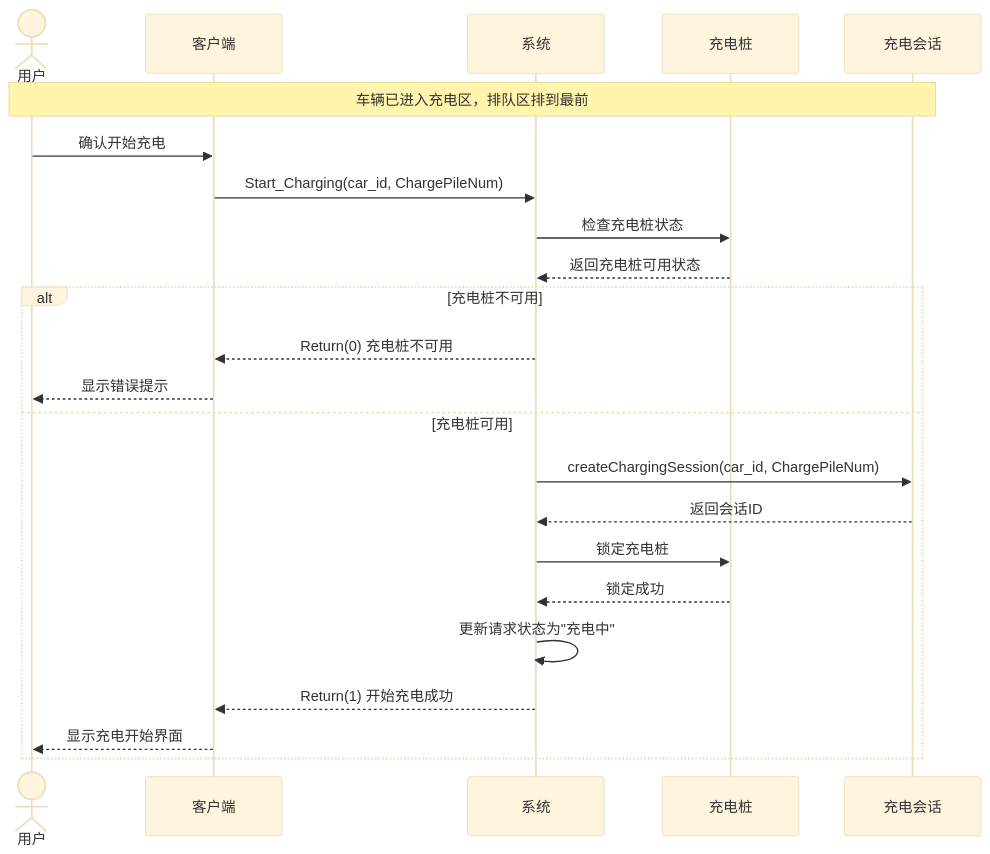
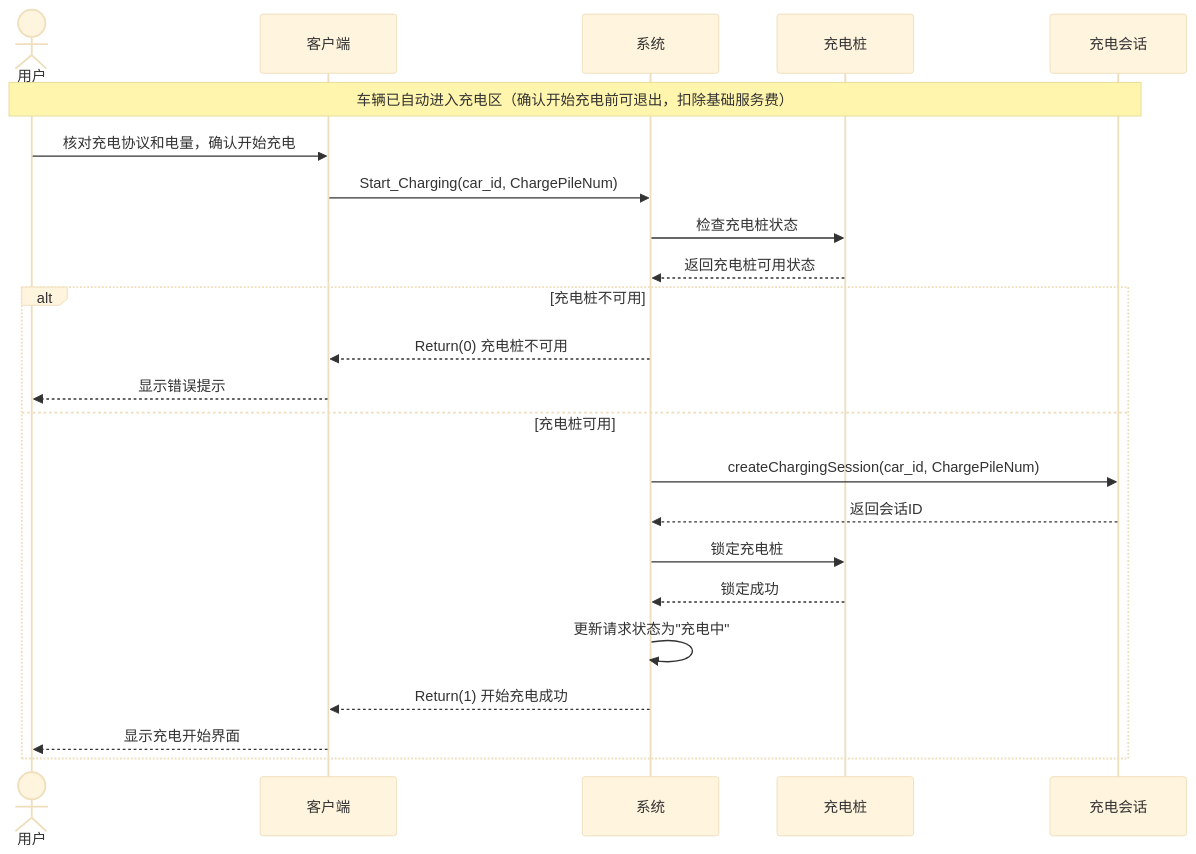
The fifth of 19 diagrams in docs/用例模型.md (DuHaoyang626/charge-system), drawn with Mermaid (base theme) before and after one commit. The commit also changed other lines of this file and 5 other files, not shown here.

````diff
--- a/docs/用例模型.md
+++ b/docs/用例模型.md
@@ -267,31 +266,31 @@
 ```mermaid
 sequenceDiagram
     actor User as 用户
     participant Client as 客户端
     participant System as 系统
     participant Pile as 充电桩
     participant Session as 充电会话
     
-    Note over User,Session: 车辆已进入充电区，排队区排到最前
+    Note over User,Session: 车辆已自动进入充电区（确认开始充电前可退出，扣除基础服务费）
     
-    User->>Client: 确认开始充电
+    User->>Client: 核对充电协议和电量，确认开始充电
     Client->>System: Start_Charging(car_id, ChargePileNum)
     
     System->>Pile: 检查充电桩状态
     Pile-->>System: 返回充电桩可用状态
     
     alt 充电桩不可用
         System-->>Client: Return(0) 充电桩不可用
         Client-->>User: 显示错误提示
     else 充电桩可用
         System->>Session: createChargingSession(car_id, ChargePileNum)
         Session-->>System: 返回会话ID
         
         System->>Pile: 锁定充电桩
         Pile-->>System: 锁定成功
         
         System->>System: 更新请求状态为"充电中"
         System-->>Client: Return(1) 开始充电成功
         Client-->>User: 显示充电开始界面
     end
 ```
````
